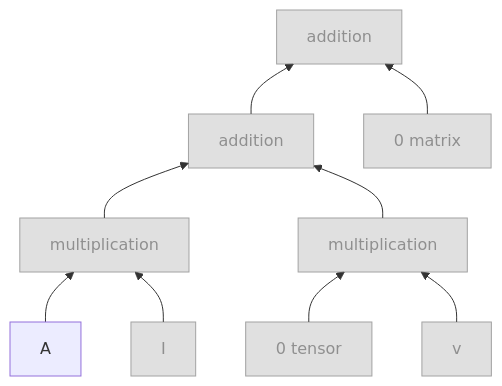
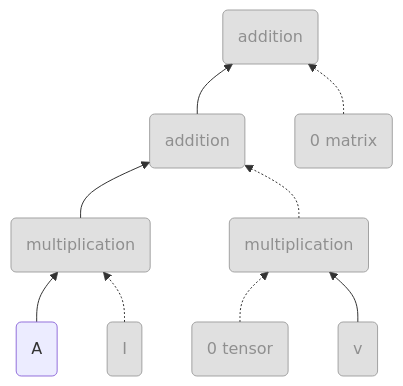
Before and after one commit to TheFlyingPiano99/TinyLA: the second of 2 diagrams in README.md, drawn with Mermaid. The commit also changed other lines of this file, not shown here.

Commit message:
Refactored diagram in README

````diff
--- a/README.md
+++ b/README.md
@@ -175,16 +180,26 @@
 ```mermaid
 graph BT
-A --> mul0["multiplication"]
-I --> mul0
-mul0 --> add0["addition"]
-zero0["0 tensor"] --> mul1["multiplication"]
+mul0(multiplication)
+add0(addition)
+zero0(0 tensor)
+mul1(multiplication)
+add1(addition)
+zero1(0 matrix)
+A(A)
+I(I)
+v(v)
+
+A --> mul0
+I -.-> mul0
+mul0 --> add0
+zero0 -.-> mul1
 v --> mul1
-mul1 --> add0
+mul1 -.-> add0
 add0 --> add1
-zero1["0 matrix"] --> add1["addition"]
+zero1 -.-> add1
 
 classDef gray fill:#cccccc,stroke:#666,stroke-width:1px,color:#000,opacity:0.6;
 
 class zero0,v,mul1,zero1,add1,add0,mul0,I gray
 
 ```
````
